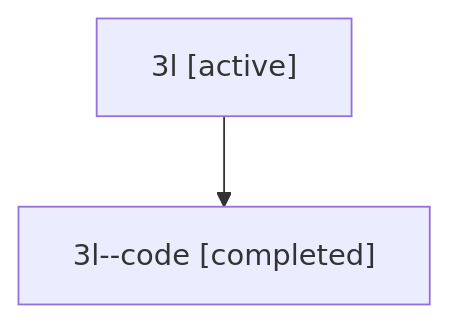
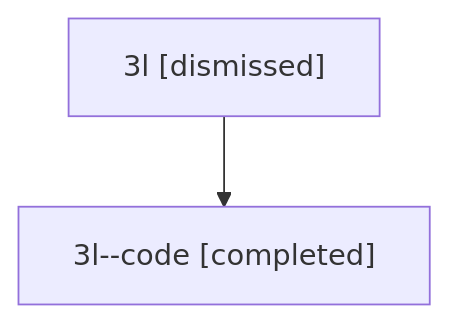
The diagram in sessions/bbugyi200.athena.3l.md (sase-org/sase--agents), drawn with Mermaid before and after one commit. The commit also changed other lines of this file and 28 other files, not shown here.

````diff
--- a/sessions/bbugyi200.athena.3l.md
+++ b/sessions/bbugyi200.athena.3l.md
@@ -9,6 +9,6 @@
 ```mermaid
 flowchart TD
-  n0["3l [active]"]
+  n0["3l [dismissed]"]
   n1["3l--code [completed]"]
   n0 --> n1
 ```
````
